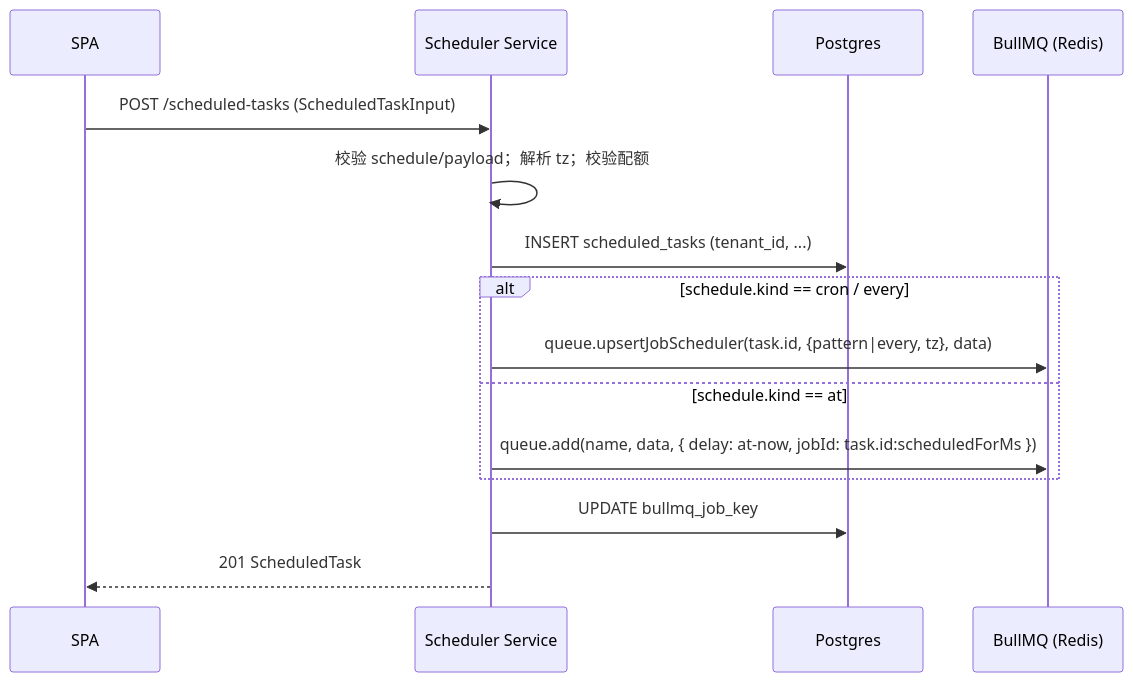
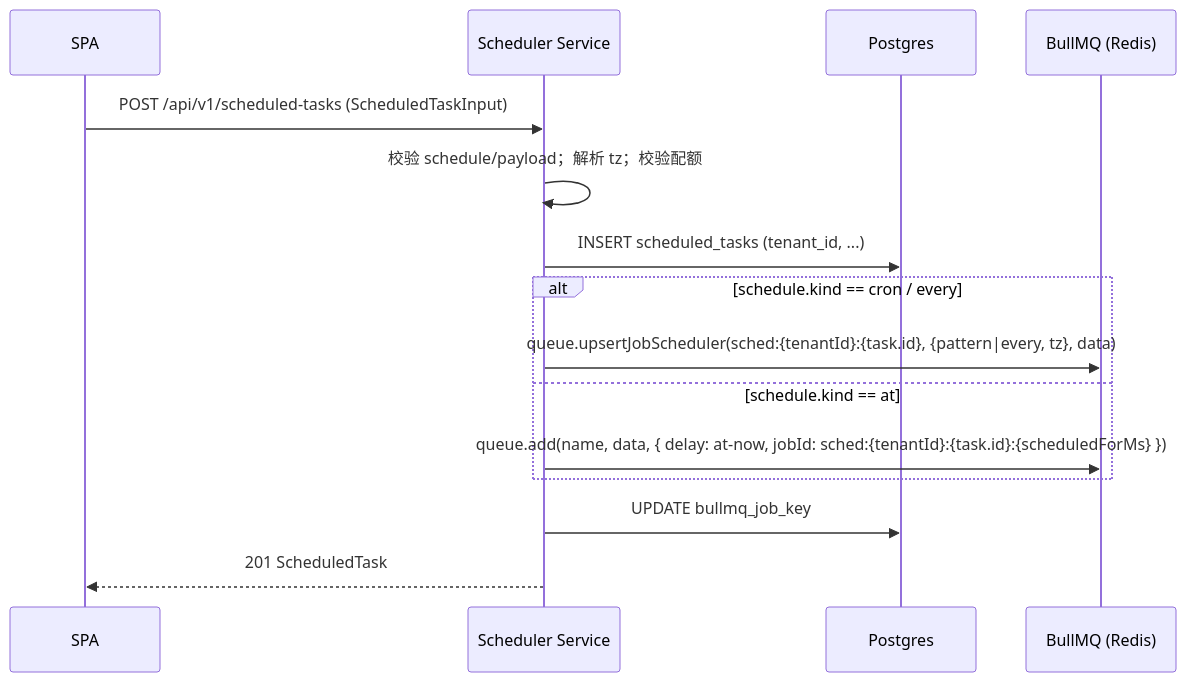
One commit to edward-ng-duke/LobsterAI changed the third of 6 diagrams in 改造计划/11-定时任务调度.md. Above: the diagram before and after it, drawn with Mermaid. The commit also changed other lines of this file and 27 other files, not shown here.

````diff
--- a/改造计划/11-定时任务调度.md
+++ b/改造计划/11-定时任务调度.md
@@ -308,18 +308,18 @@
 ```mermaid
 sequenceDiagram
     participant UI as SPA
     participant API as Scheduler Service
     participant PG as Postgres
     participant Q as BullMQ (Redis)
 
-    UI->>API: POST /scheduled-tasks (ScheduledTaskInput)
+    UI->>API: POST /api/v1/scheduled-tasks (ScheduledTaskInput)
     API->>API: 校验 schedule/payload；解析 tz；校验配额
     API->>PG: INSERT scheduled_tasks (tenant_id, ...)
     alt schedule.kind == cron / every
-        API->>Q: queue.upsertJobScheduler(task.id, {pattern|every, tz}, data)
+        API->>Q: queue.upsertJobScheduler(sched:{tenantId}:{task.id}, {pattern|every, tz}, data)
     else schedule.kind == at
-        API->>Q: queue.add(name, data, { delay: at-now, jobId: task.id:scheduledForMs })
+        API->>Q: queue.add(name, data, { delay: at-now, jobId: sched:{tenantId}:{task.id}:{scheduledForMs} })
     end
     API->>PG: UPDATE bullmq_job_key
     API-->>UI: 201 ScheduledTask
 ```
````
